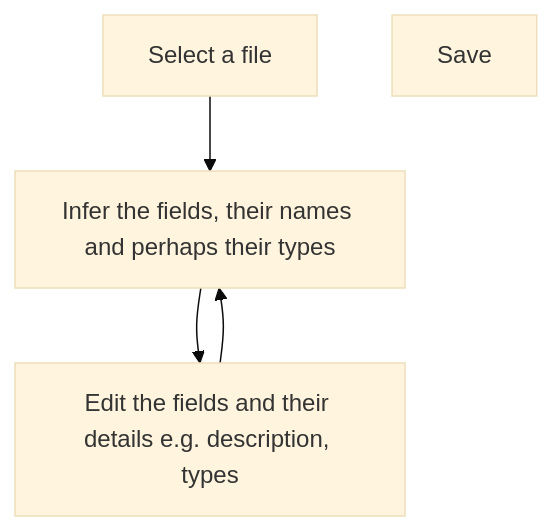
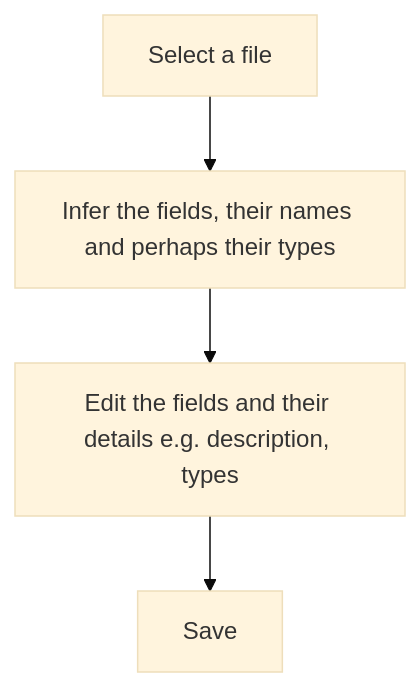
One commit to datopian/tech.datopian.com changed the sixth of 6 diagrams in publish/README.md. Above: the diagram before and after it, drawn with Mermaid (base theme). The commit also changed other lines of this file, not shown here.

````diff
--- a/publish/README.md
+++ b/publish/README.md
@@ -202,12 +202,12 @@
 ```mermaid
 graph TD
 
 addfile[Select a file]
 infer[Infer the fields, their names and perhaps their types]
 edit[Edit the fields and their details e.g. description, types]
 save[Save]
 
 addfile --> infer
 infer --> edit
-edit --> infer
+edit --> save
 ```
````
